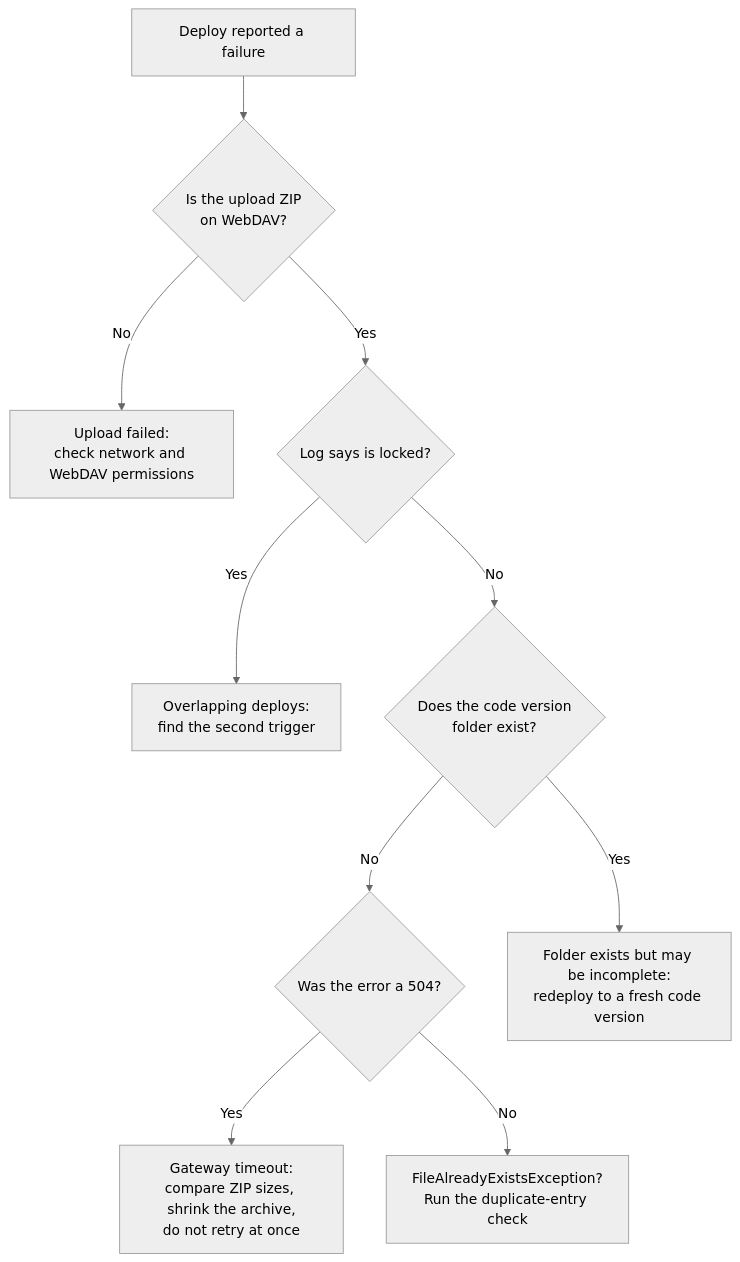
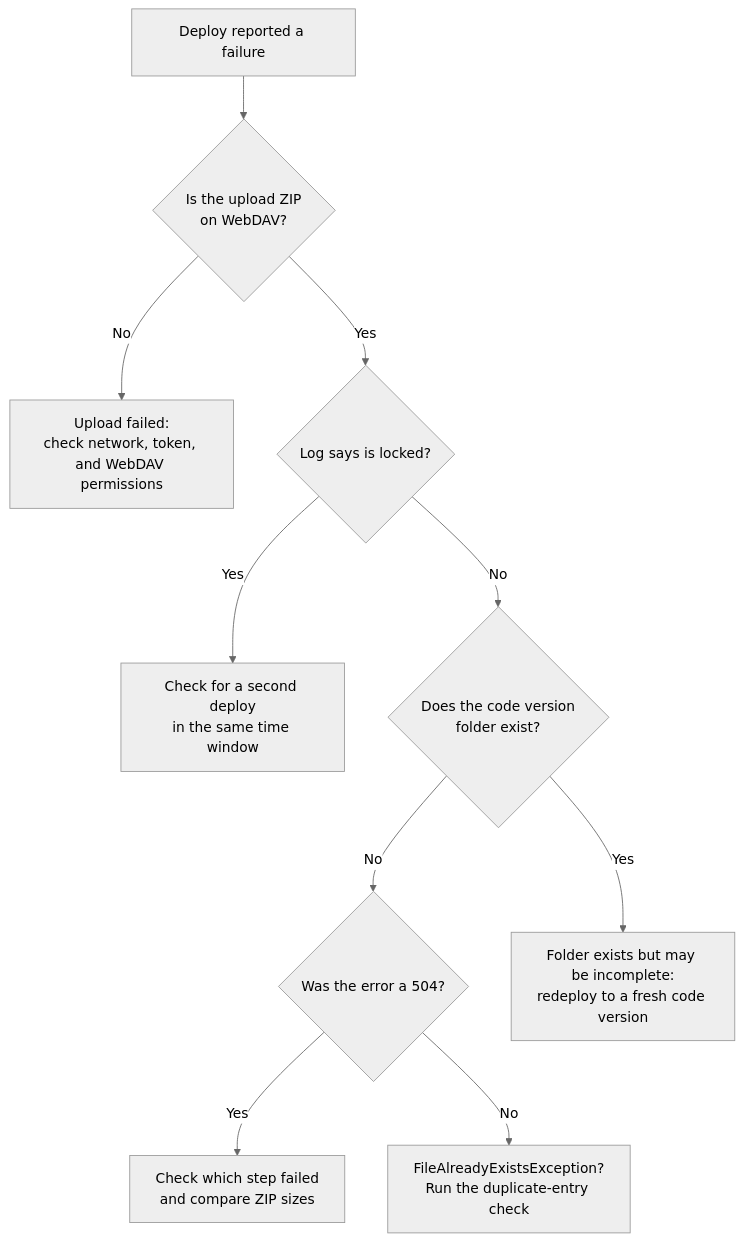
One commit to taurgis/rhino-inquisitor-com changed the diagram in src/content/posts/sfcc-webdav-deployment-failures-explained/index.md. Above: the diagram before and after it, drawn with Mermaid (neutral theme). The commit also changed other lines of this file and 1 other file, not shown here.

First line of the commit message:
Remove assumptions from WebDAV deployment failures post

````diff
--- a/src/content/posts/sfcc-webdav-deployment-failures-explained/index.md
+++ b/src/content/posts/sfcc-webdav-deployment-failures-explained/index.md
@@ -147,12 +118,12 @@
 ```mermaid
 flowchart TD
     Start["Deploy reported a failure"] --> Q1{"Is the upload ZIP\non WebDAV?"}
-    Q1 -- No --> A1["Upload failed:\ncheck network and WebDAV permissions"]
+    Q1 -- No --> A1["Upload failed:\ncheck network, token, and WebDAV permissions"]
     Q1 -- Yes --> Q4{"Log says is locked?"}
-    Q4 -- Yes --> A3["Overlapping deploys:\nfind the second trigger"]
+    Q4 -- Yes --> A3["Check for a second deploy\nin the same time window"]
     Q4 -- No --> Q2{"Does the code version\nfolder exist?"}
     Q2 -- No --> Q3{"Was the error a 504?"}
-    Q3 -- Yes --> A2["Gateway timeout:\ncompare ZIP sizes, shrink the archive,\ndo not retry at once"]
+    Q3 -- Yes --> A2["Check which step failed\nand compare ZIP sizes"]
     Q3 -- No --> A4["FileAlreadyExistsException?\nRun the duplicate-entry check"]
     Q2 -- Yes --> A5["Folder exists but may be incomplete:\nredeploy to a fresh code version"]
 ```
````
